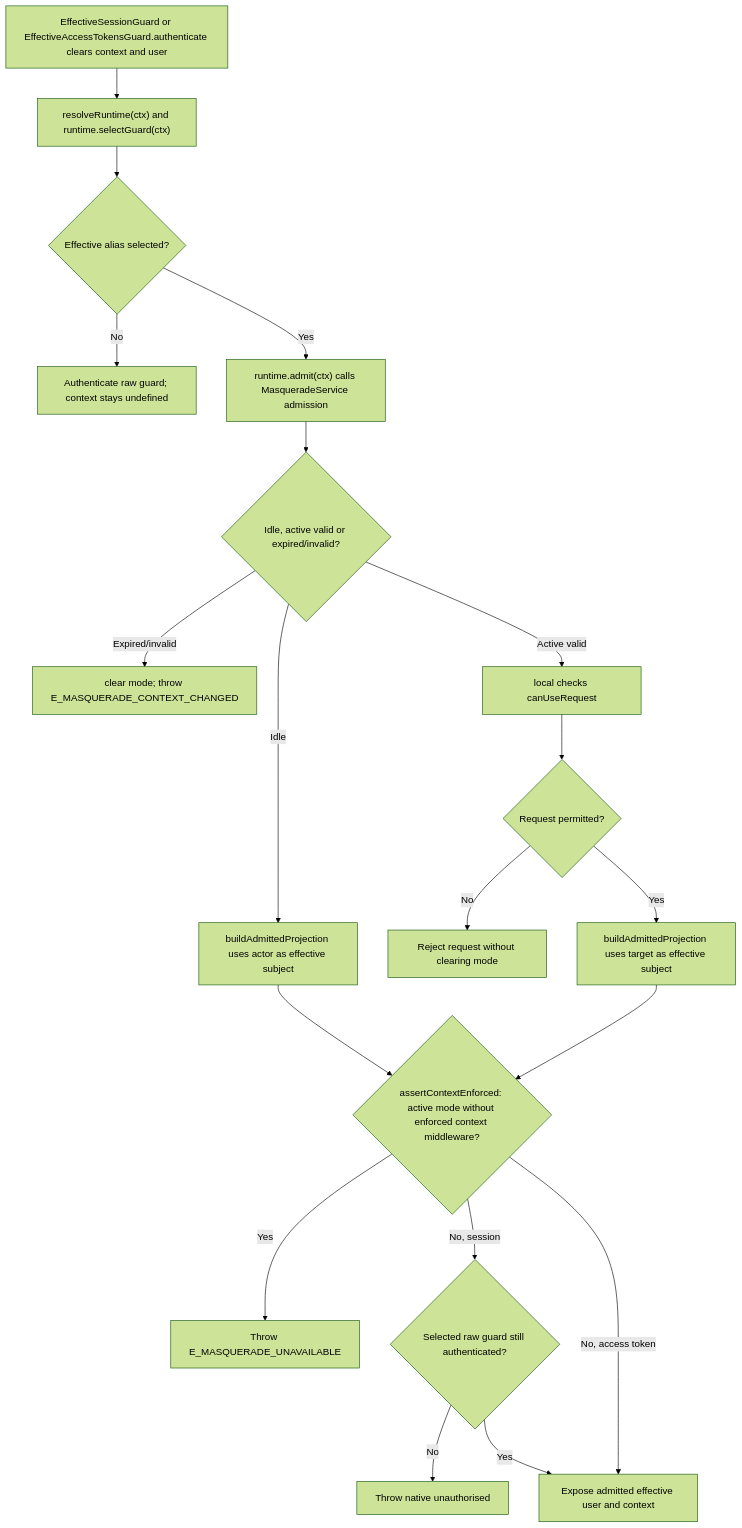
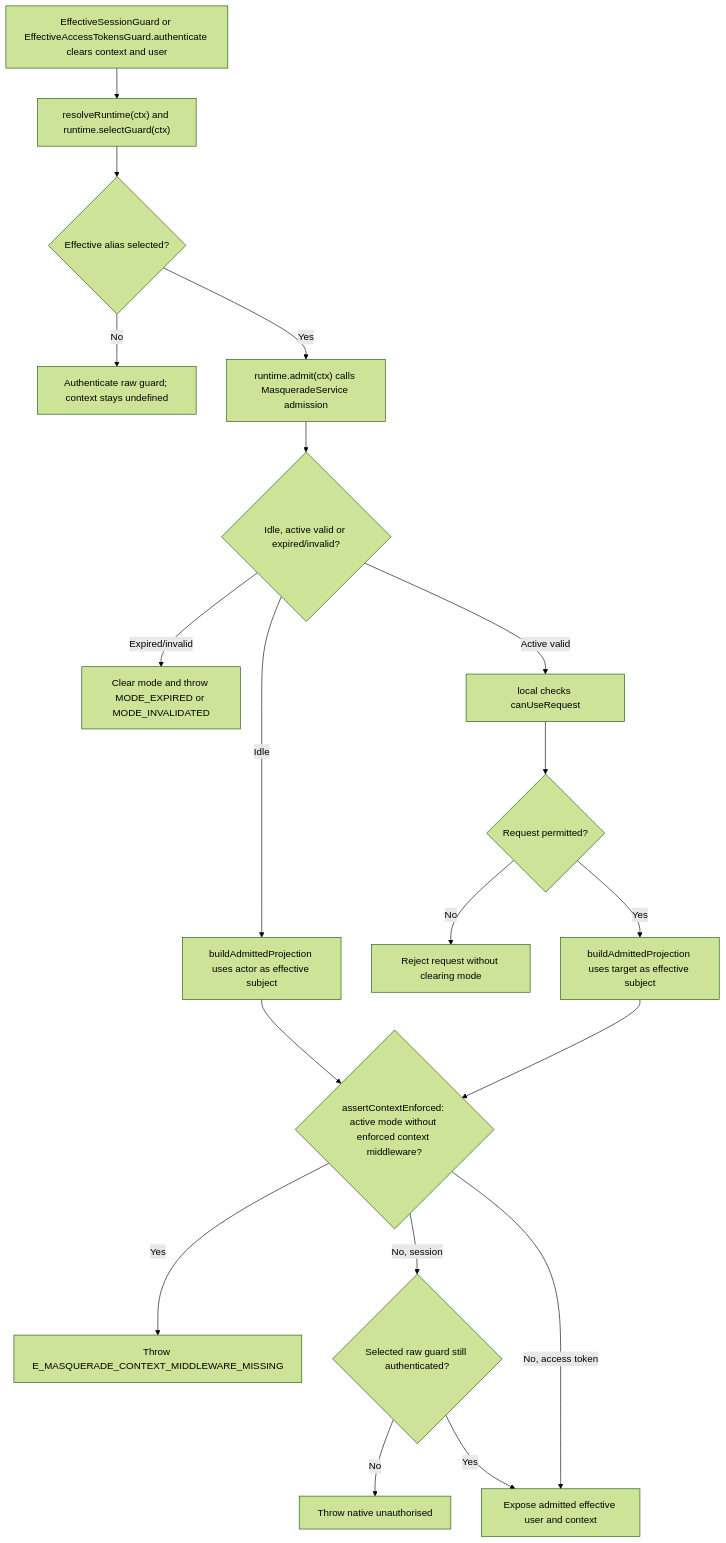
One commit to Kevinjohn/oss-adonisjs-masquerade changed the second of 2 diagrams in user-stories/view-effective-account/us-actor-02-view-effective-account.md. Above: the diagram before and after it, drawn with Mermaid (forest theme). The commit also changed 99 other files, not shown here.

````diff
--- a/user-stories/view-effective-account/us-actor-02-view-effective-account.md
+++ b/user-stories/view-effective-account/us-actor-02-view-effective-account.md
@@ -40,21 +40,21 @@
 ```mermaid
 flowchart TD
     A["EffectiveSessionGuard or EffectiveAccessTokensGuard.authenticate clears context and user"] --> B["resolveRuntime(ctx) and runtime.selectGuard(ctx)"]
     B --> C{"Effective alias selected?"}
     C -->|No| D["Authenticate raw guard; context stays undefined"]
     C -->|Yes| E["runtime.admit(ctx) calls MasqueradeService admission"]
     E --> F{"Idle, active valid or expired/invalid?"}
     F -->|Idle| G["buildAdmittedProjection uses actor as effective subject"]
-    F -->|Expired/invalid| H["clear mode; throw E_MASQUERADE_CONTEXT_CHANGED"]
+    F -->|Expired/invalid| H["Clear mode and throw MODE_EXPIRED or MODE_INVALIDATED"]
     F -->|Active valid| I["local checks canUseRequest"]
     I --> J{"Request permitted?"}
     J -->|No| K["Reject request without clearing mode"]
     J -->|Yes| L["buildAdmittedProjection uses target as effective subject"]
     G --> E2{"assertContextEnforced: active mode without enforced context middleware?"}
     L --> E2
-    E2 -->|Yes| Z["Throw E_MASQUERADE_UNAVAILABLE"]
+    E2 -->|Yes| Z["Throw E_MASQUERADE_CONTEXT_MIDDLEWARE_MISSING"]
     E2 -->|No, session| P{"Selected raw guard still authenticated?"}
     P -->|No| W["Throw native unauthorised"]
     P -->|Yes| M["Expose admitted effective user and context"]
     E2 -->|No, access token| M
 ```
````
